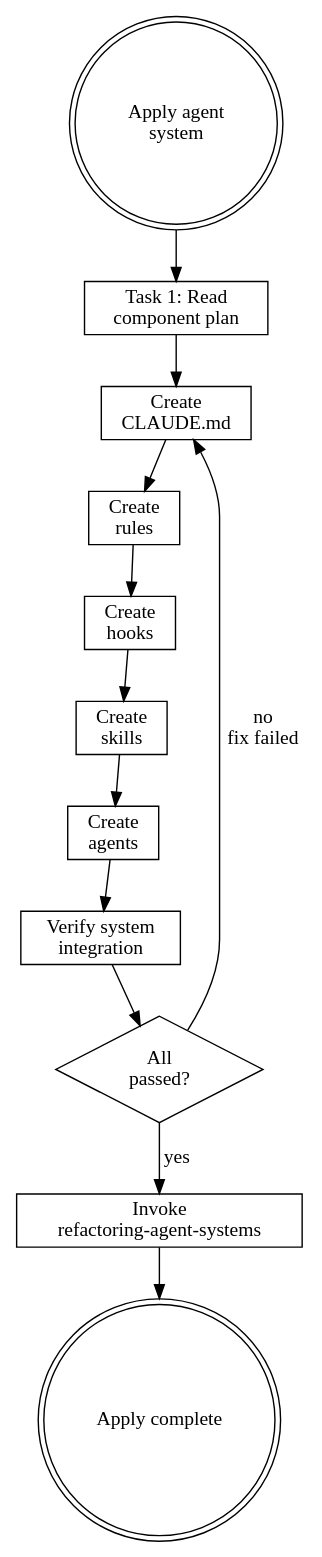
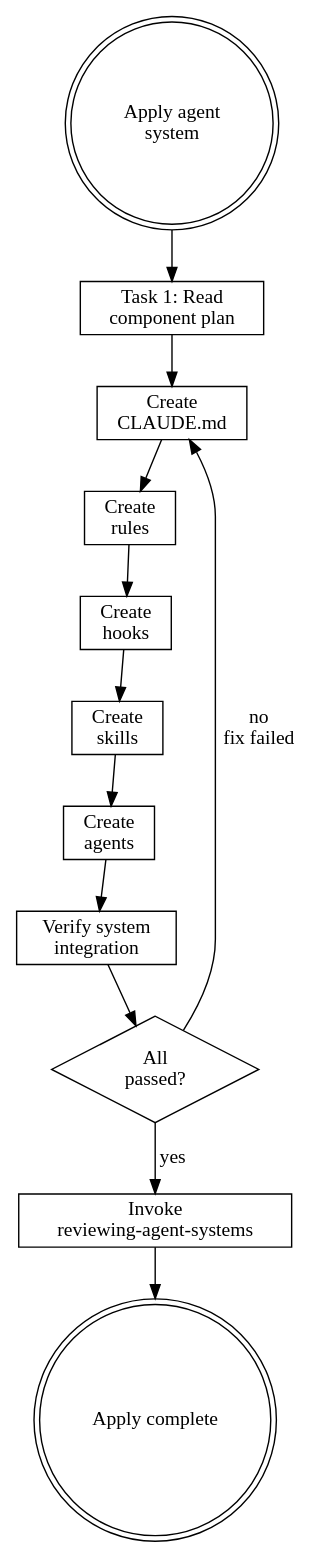
The diagram in plugins/rcc/skills/applying-agent-systems/SKILL.md (wayne930242/Reflexive-Claude-Code), drawn with Graphviz before and after one commit. The commit also changed other lines of this file and 13 other files, not shown here.

````diff
--- a/plugins/rcc/skills/applying-agent-systems/SKILL.md
+++ b/plugins/rcc/skills/applying-agent-systems/SKILL.md
@@ -124,29 +124,29 @@
 ```dot
 digraph apply_agent {
     rankdir=TB;
 
     start [label="Apply agent\nsystem", shape=doublecircle];
     read [label="Task 1: Read\ncomponent plan", shape=box];
     claude_md [label="Create\nCLAUDE.md", shape=box];
     rules [label="Create\nrules", shape=box];
     hooks [label="Create\nhooks", shape=box];
     skills [label="Create\nskills", shape=box];
     agents [label="Create\nagents", shape=box];
     verify [label="Verify system\nintegration", shape=box];
     pass [label="All\npassed?", shape=diamond];
-    handoff [label="Invoke\nrefactoring-agent-systems", shape=box];
+    handoff [label="Invoke\nreviewing-agent-systems", shape=box];
     done [label="Apply complete", shape=doublecircle];
 
     start -> read;
     read -> claude_md;
     claude_md -> rules;
     rules -> hooks;
     hooks -> skills;
     skills -> agents;
     agents -> verify;
     verify -> pass;
     pass -> handoff [label="yes"];
     pass -> claude_md [label="no\nfix failed"];
     handoff -> done;
 }
 ```
````
